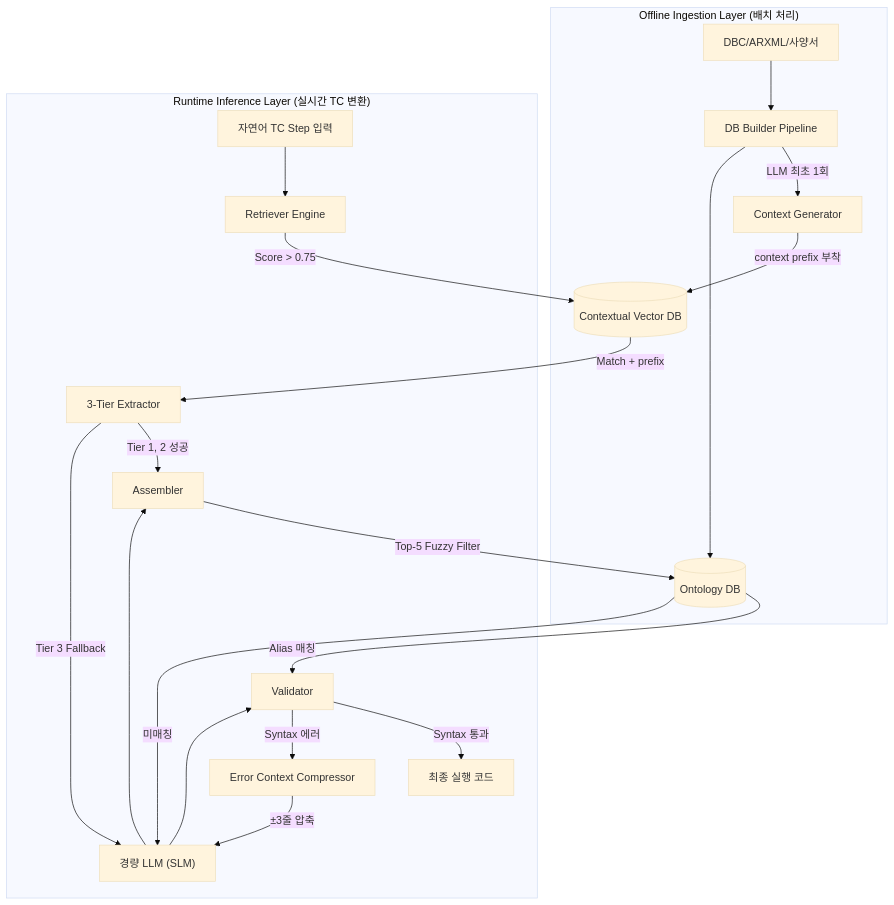
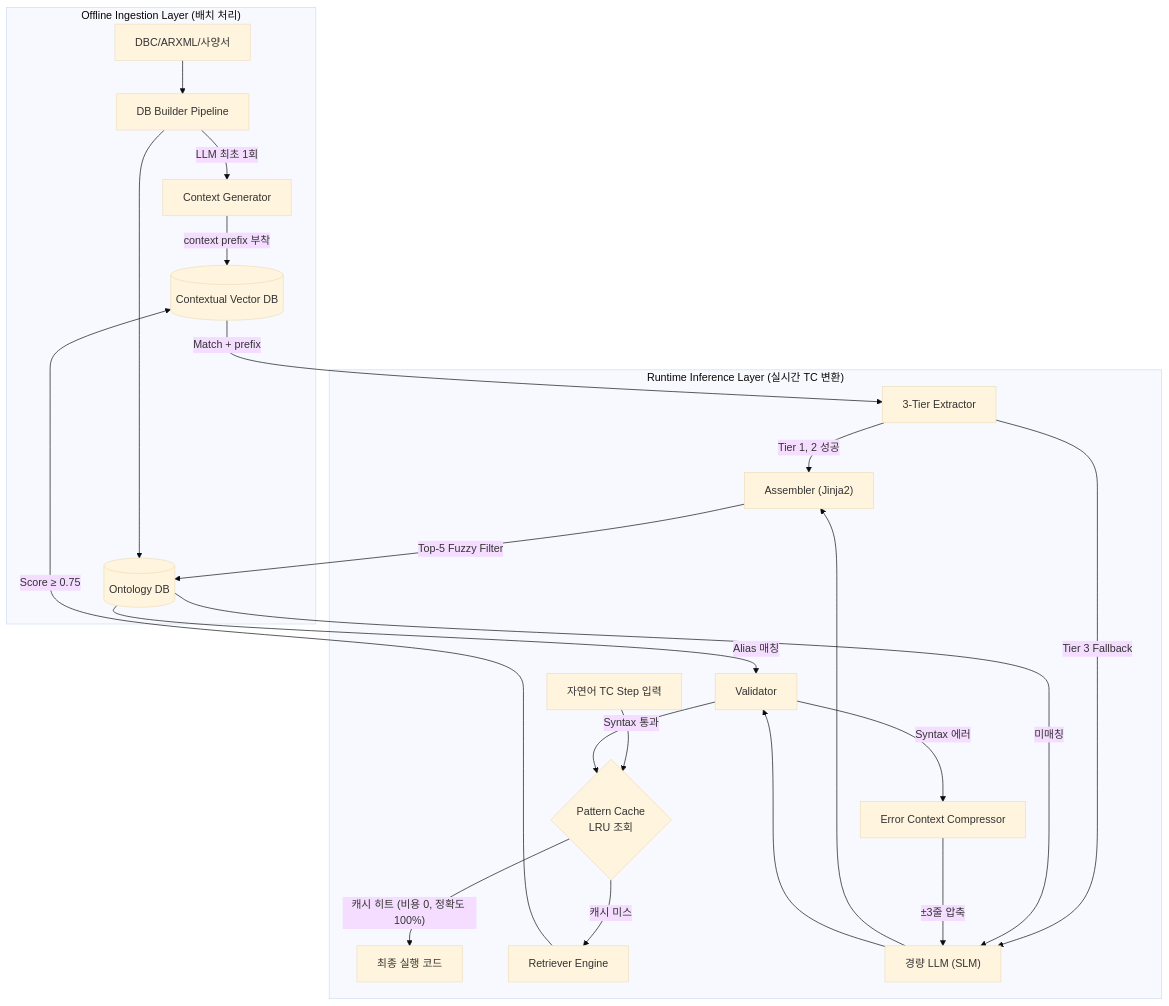
Before and after one commit to yuntnwls/testcase-generator: the diagram in docs/04_contextual_rag_design/architecture.md, drawn with Mermaid (base theme). The commit also changed other lines of this file and 10 other files, not shown here.

Commit message:
04 확장 설계에서 Jinja, Puzzy, cache 상세 문서 추가

````diff
--- a/docs/04_contextual_rag_design/architecture.md
+++ b/docs/04_contextual_rag_design/architecture.md
@@ -15,28 +16,31 @@
 ```mermaid
 graph TD
     subgraph Offline["Offline Ingestion Layer (배치 처리)"]
         Spec["DBC/ARXML/사양서"] --> DB_Builder["DB Builder Pipeline"]
         DB_Builder -->|LLM 최초 1회| Context_Generator["Context Generator"]
         Context_Generator -->|context prefix 부착| VectorDB[("Contextual Vector DB")]
         DB_Builder --> OntologyDB[("Ontology DB")]
     end
 
     subgraph Runtime["Runtime Inference Layer (실시간 TC 변환)"]
-        TC["자연어 TC Step 입력"] --> Retriever["Retriever Engine"]
-        Retriever -->|Score > 0.75| VectorDB
+        TC["자연어 TC Step 입력"] --> Cache{"Pattern Cache\nLRU 조회"}
+        Cache -->|"캐시 히트 (비용 0, 정확도 100%)"| Output["최종 실행 코드"]
+
+        Cache -->|"캐시 미스"| Retriever["Retriever Engine"]
+        Retriever -->|Score ≥ 0.75| VectorDB
         VectorDB -->|Match + prefix| Extractor["3-Tier Extractor"]
         
-        Extractor -->|Tier 1, 2 성공| Assembler["Assembler"]
+        Extractor -->|Tier 1, 2 성공| Assembler["Assembler (Jinja2)"]
         Extractor -->|Tier 3 Fallback| SLM["경량 LLM (SLM)"]
         SLM --> Assembler
         
         Assembler -->|Top-5 Fuzzy Filter| OntologyDB
         OntologyDB -->|Alias 매칭| Validator["Validator"]
         OntologyDB -->|미매칭| SLM
         
-        Validator -->|Syntax 통과| Output["최종 실행 코드"]
+        Validator -->|Syntax 통과| Cache
         Validator -->|Syntax 에러| ErrorCompressor["Error Context Compressor"]
         ErrorCompressor -->|±3줄 압축| SLM
         SLM --> Validator
     end
 ```
````
